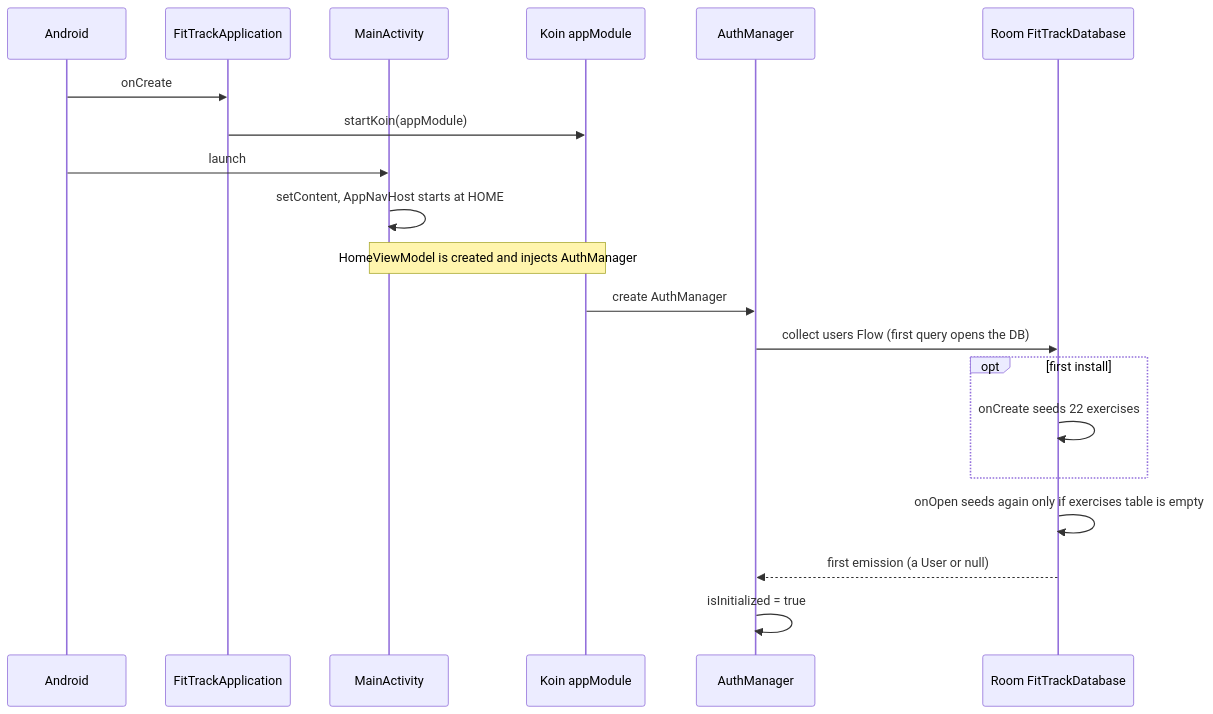
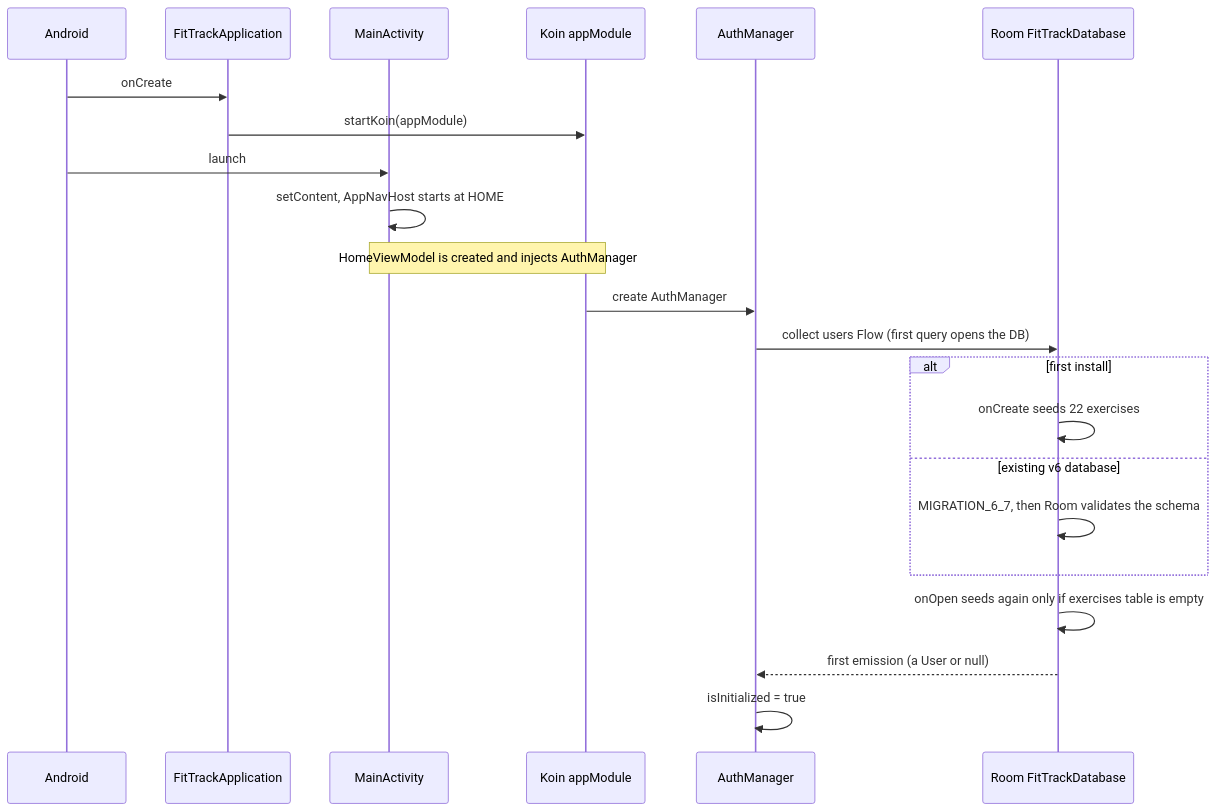
Before and after one commit to RicardoGomes07/Fittrack-App-Android: the second of 6 diagrams in ARCHITECTURE_DIAGRAM.md, drawn with Mermaid. The commit also changed other lines of this file and 1 other file, not shown here.

Commit message:
Architecture Documentation updated

````diff
--- a/ARCHITECTURE_DIAGRAM.md
+++ b/ARCHITECTURE_DIAGRAM.md
@@ -107,23 +130,25 @@
 ```mermaid
 sequenceDiagram
     participant OS as Android
     participant App as FitTrackApplication
     participant Act as MainActivity
     participant Koin as Koin appModule
     participant Auth as AuthManager
     participant DB as Room FitTrackDatabase
 
     OS->>App: onCreate
     App->>Koin: startKoin(appModule)
     OS->>Act: launch
     Act->>Act: setContent, AppNavHost starts at HOME
     Note over Act,Koin: HomeViewModel is created and injects AuthManager
     Koin->>Auth: create AuthManager
     Auth->>DB: collect users Flow (first query opens the DB)
-    opt first install
+    alt first install
         DB->>DB: onCreate seeds 22 exercises
+    else existing v6 database
+        DB->>DB: MIGRATION_6_7, then Room validates the schema
     end
     DB->>DB: onOpen seeds again only if exercises table is empty
     DB-->>Auth: first emission (a User or null)
     Auth->>Auth: isInitialized = true
 ```
````
